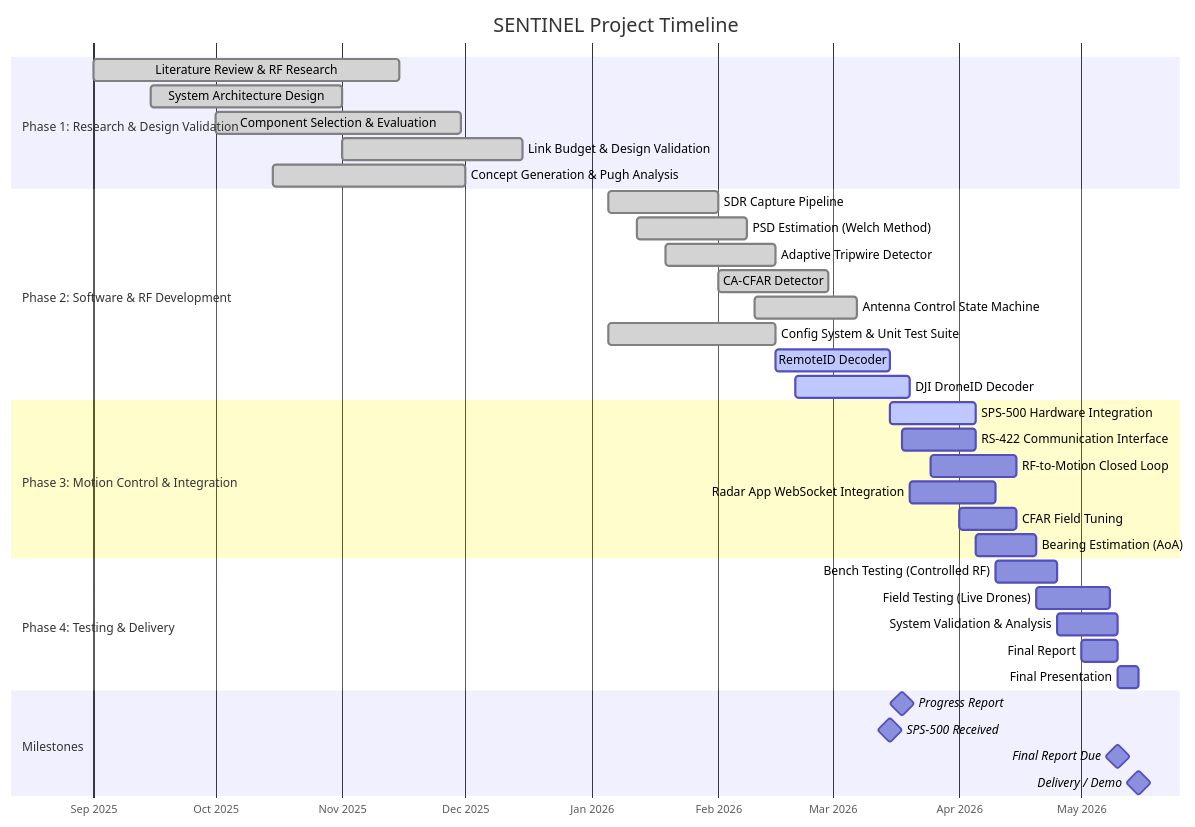
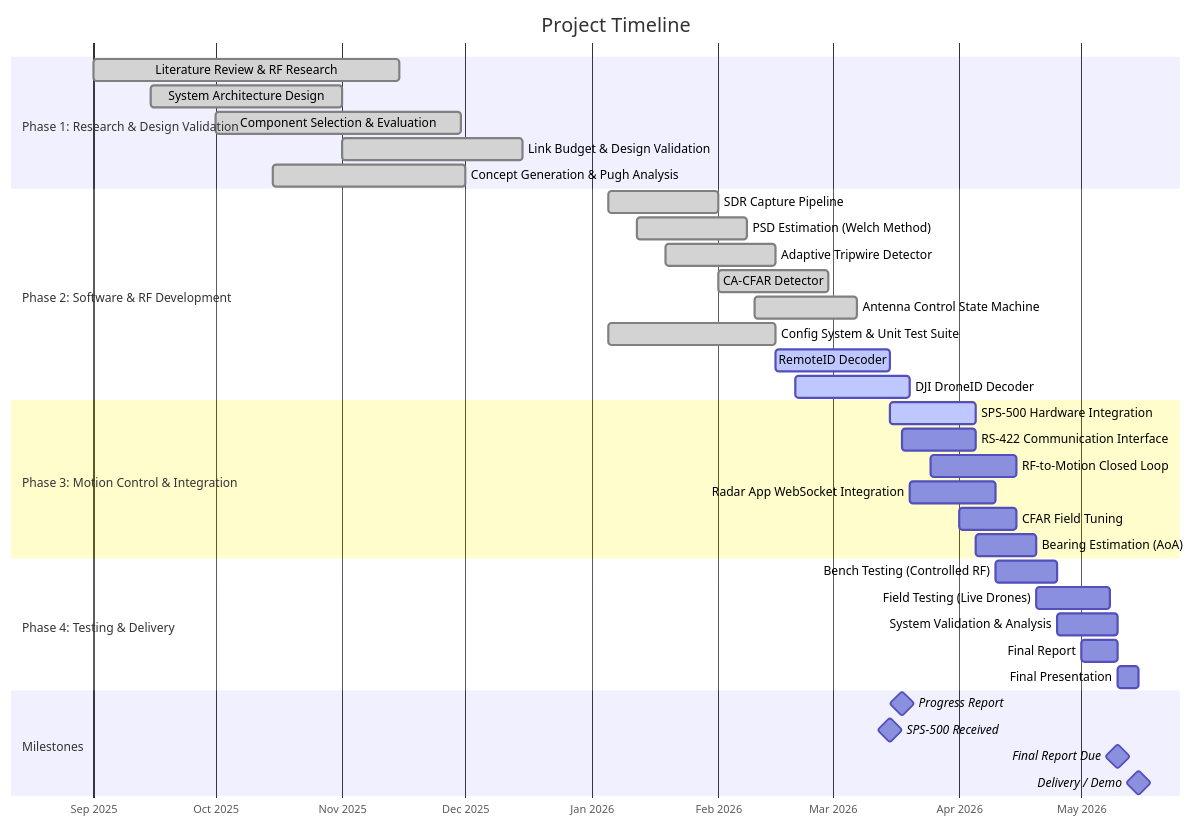
The diagram in report/mermaid_diagrams/mermaid_src/fig7_gantt_chart.mermaid (sschu48/senior-design), drawn with Mermaid before and after one commit. The commit also changed 4 other files, not shown here.

Commit message:
docs: update progress report, function decomposition, and gantt chart

```diff
--- a/report/mermaid_diagrams/mermaid_src/fig7_gantt_chart.mermaid
+++ b/report/mermaid_diagrams/mermaid_src/fig7_gantt_chart.mermaid
@@ -1,42 +1,42 @@
 gantt
-    title SENTINEL Project Timeline
+    title Project Timeline
     dateFormat  YYYY-MM-DD
     axisFormat  %b %Y
 
     section Phase 1: Research & Design Validation
     Literature Review & RF Research         :done, r1, 2025-09-01, 2025-11-15
     System Architecture Design              :done, r2, 2025-09-15, 2025-11-01
     Component Selection & Evaluation        :done, r3, 2025-10-01, 2025-11-30
     Link Budget & Design Validation         :done, r4, 2025-11-01, 2025-12-15
     Concept Generation & Pugh Analysis      :done, r5, 2025-10-15, 2025-12-01
 
     section Phase 2: Software & RF Development
     SDR Capture Pipeline                    :done, s1, 2026-01-05, 2026-02-01
     PSD Estimation (Welch Method)           :done, s2, 2026-01-12, 2026-02-08
     Adaptive Tripwire Detector              :done, s3, 2026-01-19, 2026-02-15
     CA-CFAR Detector                        :done, s4, 2026-02-01, 2026-02-28
     Antenna Control State Machine           :done, s5, 2026-02-10, 2026-03-07
     Config System & Unit Test Suite         :done, s6, 2026-01-05, 2026-02-15
     RemoteID Decoder                        :active, s7, 2026-02-15, 2026-03-15
     DJI DroneID Decoder                     :active, s8, 2026-02-20, 2026-03-20
 
     section Phase 3: Motion Control & Integration
     SPS-500 Hardware Integration            :active, m1, 2026-03-15, 2026-04-05
     RS-422 Communication Interface          :m2, 2026-03-18, 2026-04-05
     RF-to-Motion Closed Loop                :m3, 2026-03-25, 2026-04-15
     Radar App WebSocket Integration         :m4, 2026-03-20, 2026-04-10
     CFAR Field Tuning                       :m5, 2026-04-01, 2026-04-15
     Bearing Estimation (AoA)                :m6, 2026-04-05, 2026-04-20
 
     section Phase 4: Testing & Delivery
     Bench Testing (Controlled RF)           :t1, 2026-04-10, 2026-04-25
     Field Testing (Live Drones)             :t2, 2026-04-20, 2026-05-08
     System Validation & Analysis            :t3, 2026-04-25, 2026-05-10
     Final Report                            :t4, 2026-05-01, 2026-05-10
     Final Presentation                      :t5, 2026-05-10, 2026-05-15
 
     section Milestones
     Progress Report                         :milestone, mp1, 2026-03-18, 0d
     SPS-500 Received                        :milestone, mp2, 2026-03-15, 0d
     Final Report Due                        :milestone, mp3, 2026-05-10, 0d
     Delivery / Demo                         :milestone, mp4, 2026-05-15, 0d
```
